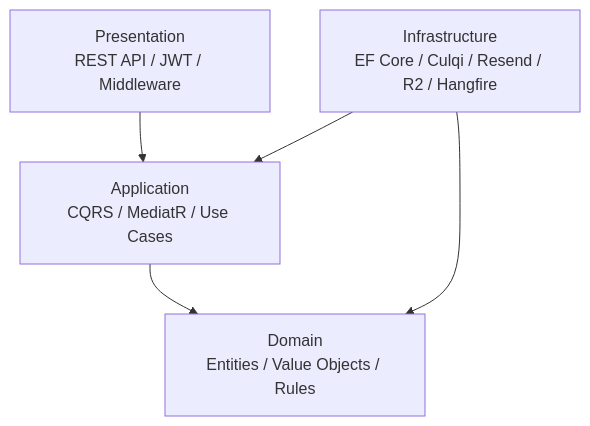
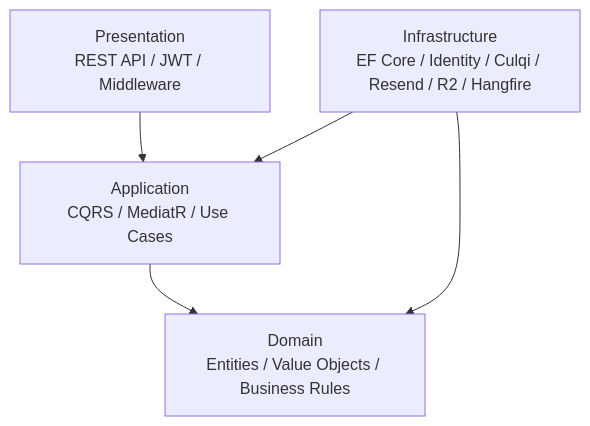
One commit to AiColleman/DMGoTravell changed the second of 5 diagrams in README.md. Above: the diagram before and after it, drawn with Mermaid. The commit also changed other lines of this file, not shown here.

Commit message:
fix: update README.md for clarity and completeness in project description, objectives, and architecture details

````diff
--- a/README.md
+++ b/README.md
@@ -274,14 +327,14 @@
 ```mermaid
 flowchart TB
 
     P["Presentation<br/>REST API / JWT / Middleware"]
     A["Application<br/>CQRS / MediatR / Use Cases"]
-    D["Domain<br/>Entities / Value Objects / Rules"]
-    I["Infrastructure<br/>EF Core / Culqi / Resend / R2 / Hangfire"]
+    D["Domain<br/>Entities / Value Objects / Business Rules"]
+    I["Infrastructure<br/>EF Core / Identity / Culqi / Resend / R2 / Hangfire"]
 
     P --> A
     A --> D
 
     I --> A
     I --> D
 ```
````
